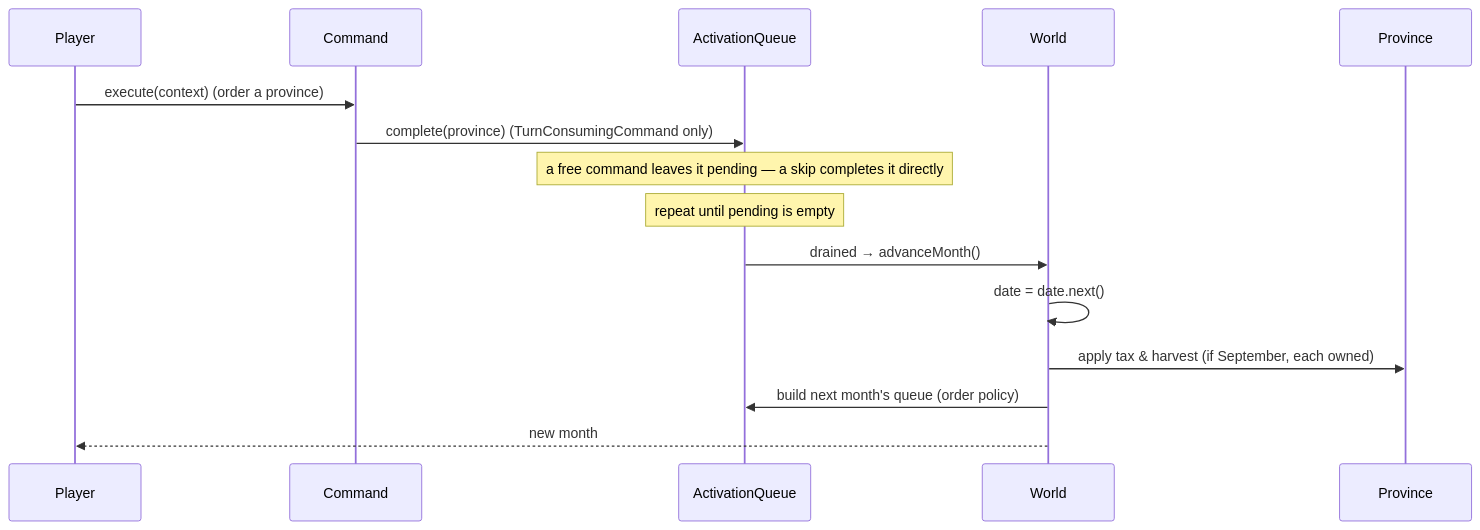
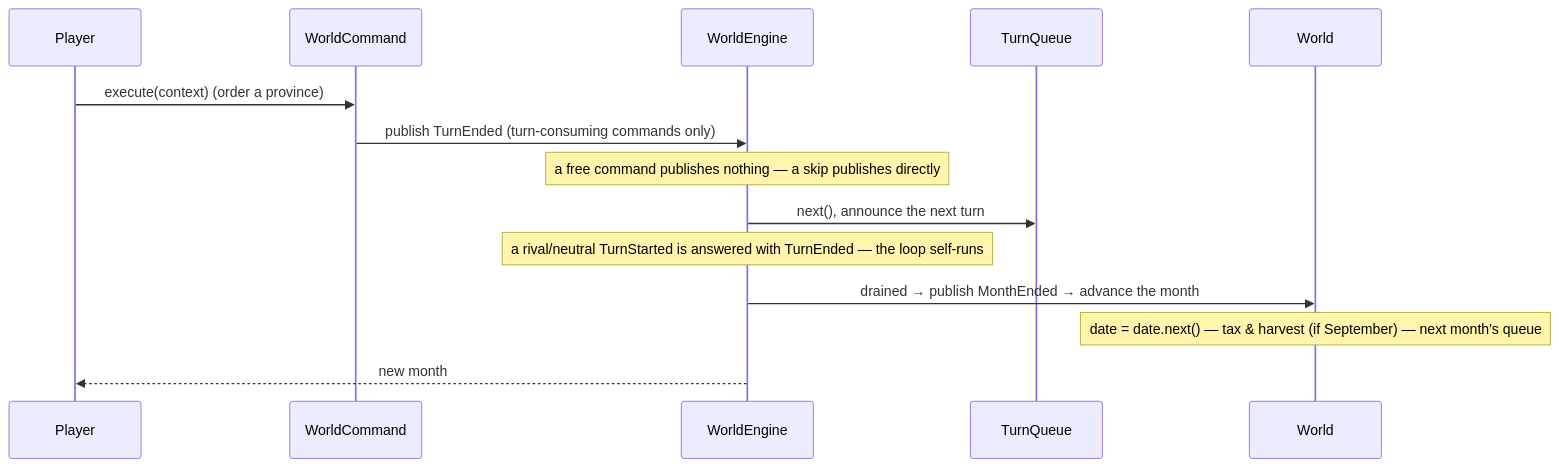
Before and after one commit to pslotinsky/kunstkamera: the third of 3 diagrams in gemfire/docs/design/02-the-monthly-turn.md, drawn with Mermaid. The commit also changed other lines of this file and 58 other files, not shown here.

````diff
--- a/gemfire/docs/design/02-the-monthly-turn.md
+++ b/gemfire/docs/design/02-the-monthly-turn.md
@@ -121,17 +136,16 @@
 ```mermaid
 sequenceDiagram
   participant Player
-  participant Command
-  participant ActivationQueue
+  participant WorldCommand
+  participant WorldEngine
+  participant TurnQueue
   participant World
-  participant Province
-  Player->>Command: execute(context) (order a province)
-  Command->>ActivationQueue: complete(province) (TurnConsumingCommand only)
-  Note over ActivationQueue: a free command leaves it pending — a skip completes it directly
-  Note over ActivationQueue: repeat until pending is empty
-  ActivationQueue->>World: drained → advanceMonth()
-  World->>World: date = date.next()
-  World->>Province: apply tax & harvest (if September, each owned)
-  World->>ActivationQueue: build next month's queue (order policy)
-  World-->>Player: new month
+  Player->>WorldCommand: execute(context) (order a province)
+  WorldCommand->>WorldEngine: publish TurnEnded (turn-consuming commands only)
+  Note over WorldEngine: a free command publishes nothing — a skip publishes directly
+  WorldEngine->>TurnQueue: next(), announce the next turn
+  Note over WorldEngine: a rival/neutral TurnStarted is answered with TurnEnded — the loop self-runs
+  WorldEngine->>World: drained → publish MonthEnded → advance the month
+  Note over World: date = date.next() — tax & harvest (if September) — next month's queue
+  WorldEngine-->>Player: new month
 ```
````
